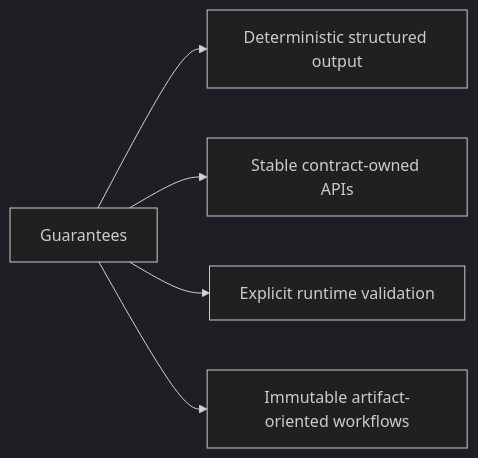
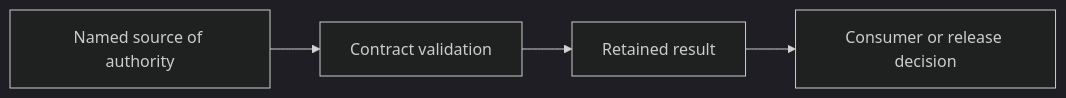
One commit to bijux/bijux-atlas changed the first of 2 diagrams in docs/bijux-atlas/foundations/guarantees-and-stability.md. Above: the diagram before and after it, drawn with Mermaid (dark theme). The commit also changed other lines of this file and 2 other files, not shown here.

Commit message:
docs(contracts): define product guarantees and output stability

````diff
--- a/docs/bijux-atlas/foundations/guarantees-and-stability.md
+++ b/docs/bijux-atlas/foundations/guarantees-and-stability.md
@@ -60,7 +33,6 @@
 ```mermaid
 flowchart LR
-    G[Guarantees] --> C1[Deterministic structured output]
-    G --> C2[Stable contract-owned APIs]
-    G --> C3[Explicit runtime validation]
-    G --> C4[Immutable artifact-oriented workflows]
+    Authority[Named source of authority] --> Validation[Contract validation]
+    Validation --> Evidence[Retained result]
+    Evidence --> Decision[Consumer or release decision]
 ```
````
